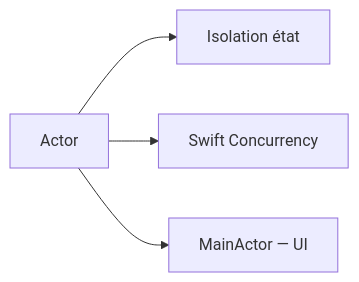
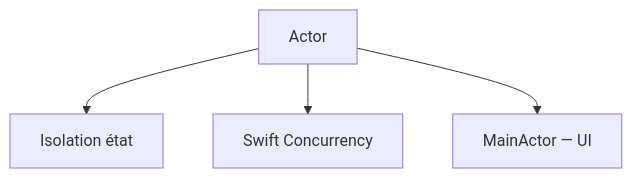
The second of 45 diagrams in docs/glossaire/developpement-mobile.md (zyrass/omnydocs), drawn with Mermaid before and after one commit. The commit also changed other lines of this file and 959 other files, not shown here.

````diff
--- a/docs/glossaire/developpement-mobile.md
+++ b/docs/glossaire/developpement-mobile.md
@@ -59,6 +67,6 @@
-    ```mermaid
-    graph LR
-        A[Actor] --> B[Isolation état]
-        A --> C[Swift Concurrency]
-        A --> D[MainActor — UI]
-    ```
+```mermaid
+flowchart TB
+    A[Actor] --> B["Isolation état"]
+    A --> C["Swift Concurrency"]
+    A --> D["MainActor — UI"]
+```
````
